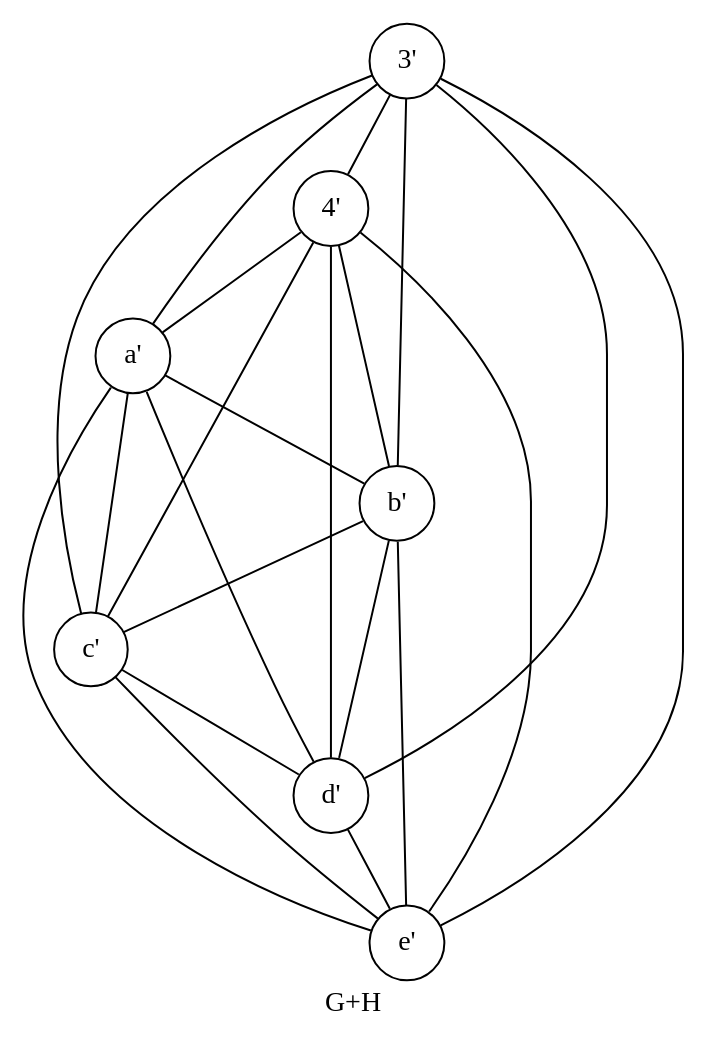
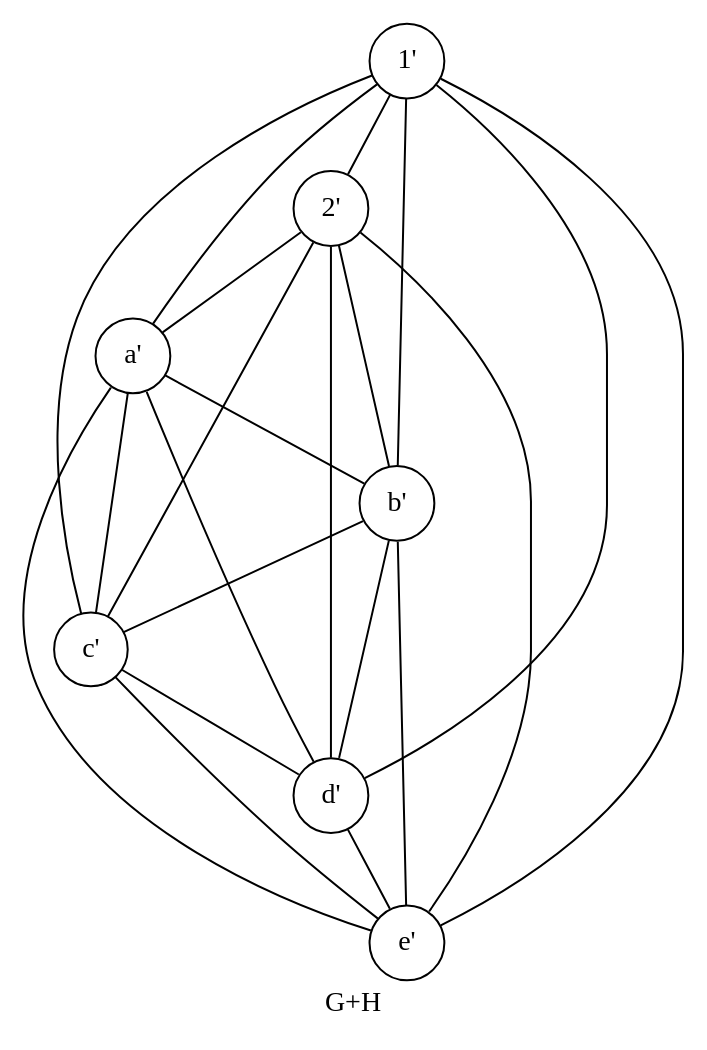
The diagram in tut1/115/115aGH.dot (h4tguy/gt-hons), drawn with Graphviz before and after one commit. The commit also changed 7 other files, not shown here.

Commit message:
changed GxH graphs to use tuples as names

```diff
--- a/tut1/115/115aGH.dot
+++ b/tut1/115/115aGH.dot
@@ -1,29 +1,29 @@
 graph GH {
     edge [len=5]
     node [shape=circle]
     label="G+H"
 
     "a'" -- "b'"
     "a'" -- "c'"
     "a'" -- "d'"
     "a'" -- "e'"
     "b'" -- "c'"
     "b'" -- "d'"
     "b'" -- "e'"
     "c'" -- "d'"
     "c'" -- "e'"
     "d'" -- "e'"
 
     Edge [len=2] [weight=.5]
-    "3'" -- "a'"
-    "3'" -- "b'"
-    "3'" -- "c'"
-    "3'" -- "d'"
-    "3'" -- "e'"
-    "4'" -- "a'"
-    "4'" -- "b'"
-    "4'" -- "c'"
-    "4'" -- "d'"
-    "4'" -- "e'"
-    "3'" -- "4'" [weight=1]
+    "1'" -- "a'"
+    "1'" -- "b'"
+    "1'" -- "c'"
+    "1'" -- "d'"
+    "1'" -- "e'"
+    "2'" -- "a'"
+    "2'" -- "b'"
+    "2'" -- "c'"
+    "2'" -- "d'"
+    "2'" -- "e'"
+    "1'" -- "2'" [weight=1]
 }
```
